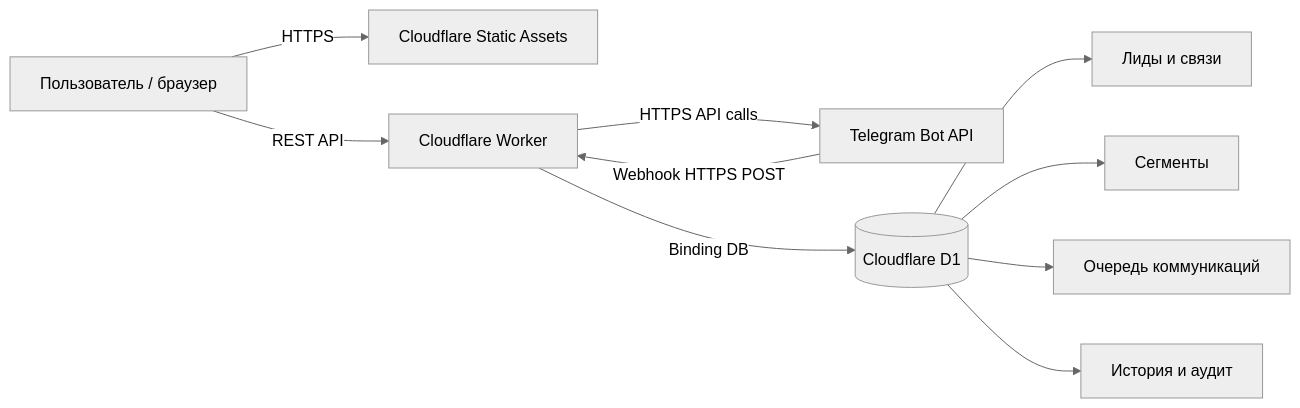
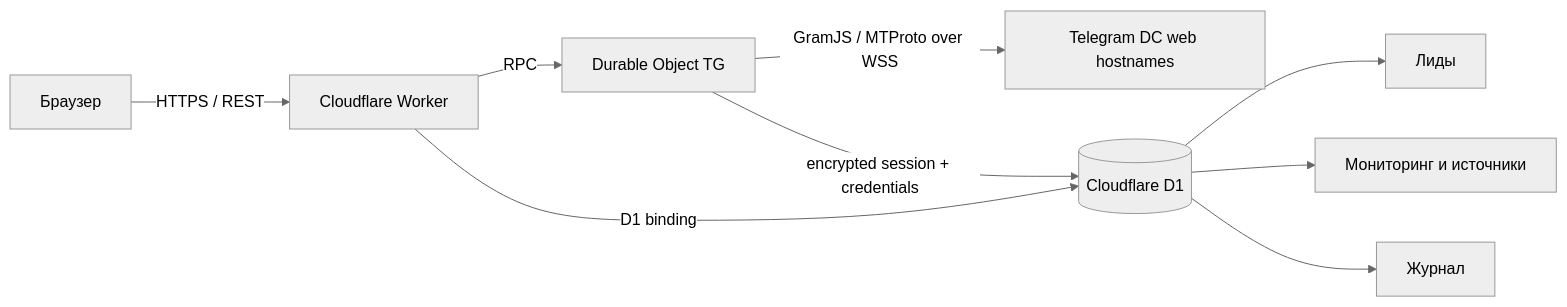
One commit to stroldek/LD_software changed the first of 2 diagrams in docs/ARCHITECTURE.md. Above: the diagram before and after it, drawn with Mermaid (neutral theme). The commit also changed other lines of this file, not shown here.

Commit message:
Rewrite architecture docs for user-session-only Telegram

````diff
--- a/docs/ARCHITECTURE.md
+++ b/docs/ARCHITECTURE.md
@@ -7,12 +7,11 @@
 ```mermaid
 flowchart LR
-  U[Пользователь / браузер] -->|HTTPS| A[Cloudflare Static Assets]
-  U -->|REST API| W[Cloudflare Worker]
-  T[Telegram Bot API] -->|Webhook HTTPS POST| W
-  W -->|Binding DB| D[(Cloudflare D1)]
-  W -->|HTTPS API calls| T
-  D --> L[Лиды и связи]
-  D --> S[Сегменты]
-  D --> Q[Очередь коммуникаций]
-  D --> H[История и аудит]
+  B[Браузер] -->|HTTPS / REST| W[Cloudflare Worker]
+  W -->|RPC| DO[Durable Object TG]
+  DO -->|GramJS / MTProto over WSS| T[Telegram DC web hostnames]
+  W -->|D1 binding| D[(Cloudflare D1)]
+  DO -->|encrypted session + credentials| D
+  D --> L[Лиды]
+  D --> M[Мониторинг и источники]
+  D --> H[Журнал]
 ```
````
